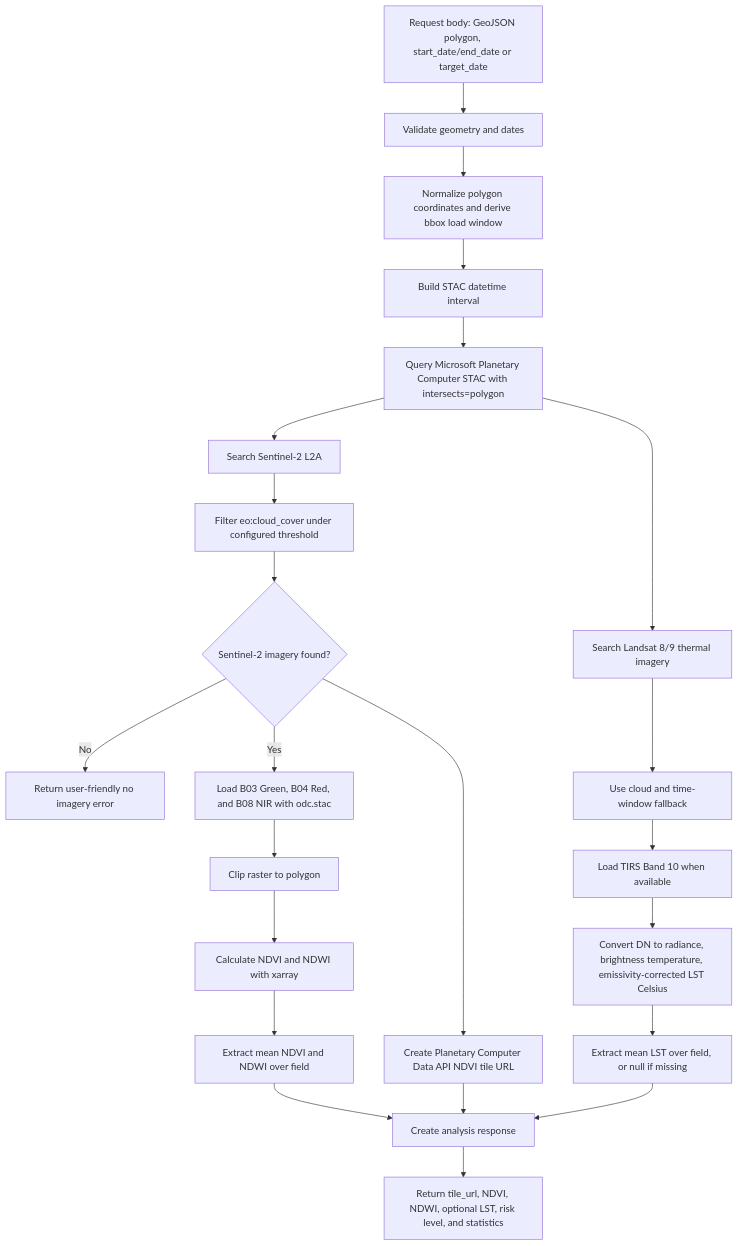
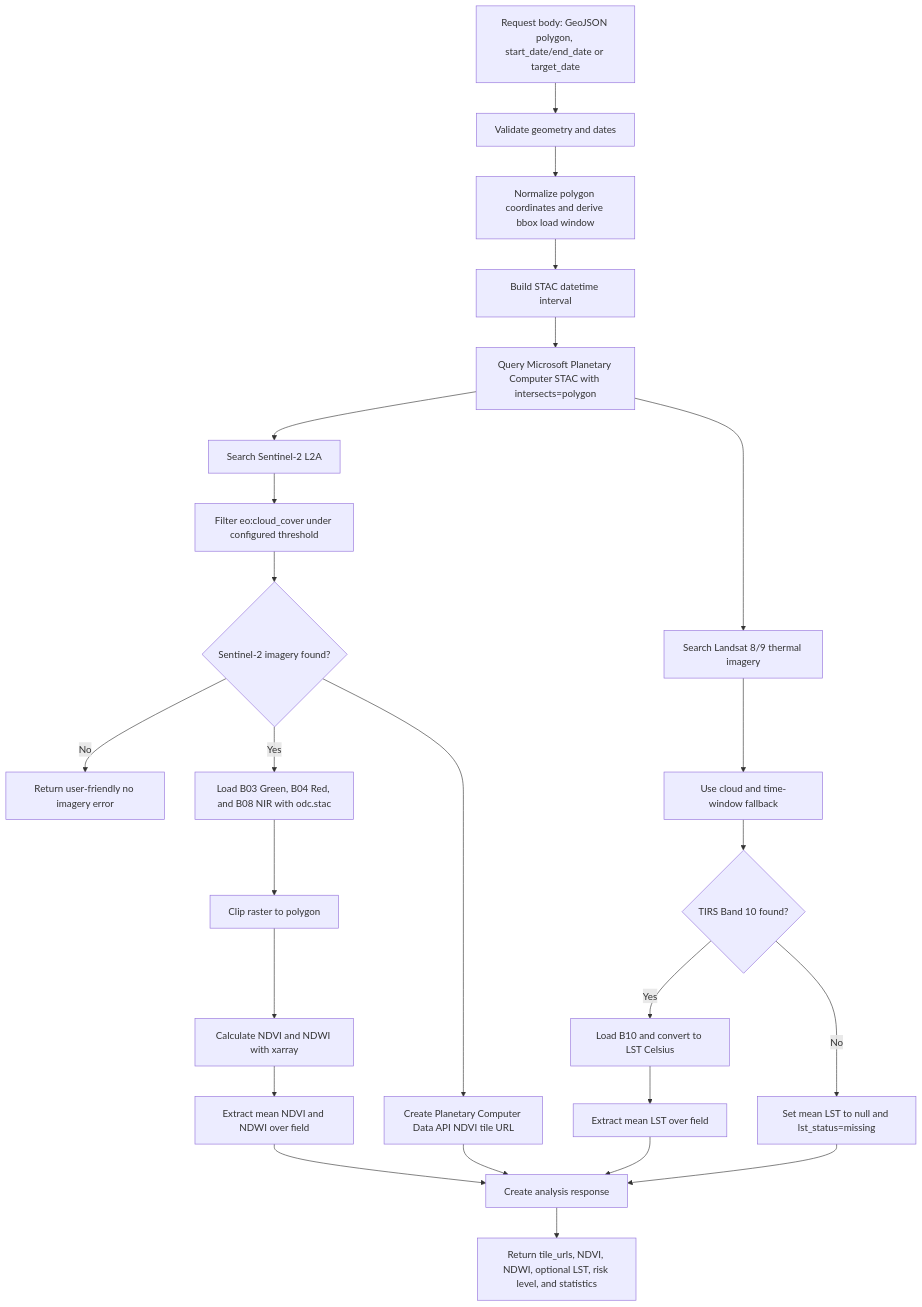
One commit to chinna5656/satellite-crop-planner changed the third of 7 diagrams in docs/web-processing-flowchart.md. Above: the diagram before and after it, drawn with Mermaid. The commit also changed other lines of this file and 12 other files, not shown here.

````diff
--- a/docs/web-processing-flowchart.md
+++ b/docs/web-processing-flowchart.md
@@ -73,28 +73,30 @@
 ```mermaid
 flowchart TD
     A["Request body: GeoJSON polygon, start_date/end_date or target_date"] --> B["Validate geometry and dates"]
     B --> C["Normalize polygon coordinates and derive bbox load window"]
     C --> D["Build STAC datetime interval"]
 
     D --> E["Query Microsoft Planetary Computer STAC with intersects=polygon"]
     E --> F["Search Sentinel-2 L2A"]
     F --> G["Filter eo:cloud_cover under configured threshold"]
     G --> H{"Sentinel-2 imagery found?"}
     H -->|"No"| I["Return user-friendly no imagery error"]
     H -->|"Yes"| J["Load B03 Green, B04 Red, and B08 NIR with odc.stac"]
     J --> K["Clip raster to polygon"]
     K --> L["Calculate NDVI and NDWI with xarray"]
     L --> M["Extract mean NDVI and NDWI over field"]
 
     E --> N["Search Landsat 8/9 thermal imagery"]
     N --> O["Use cloud and time-window fallback"]
-    O --> P["Load TIRS Band 10 when available"]
-    P --> Q["Convert DN to radiance, brightness temperature, emissivity-corrected LST Celsius"]
-    Q --> R["Extract mean LST over field, or null if missing"]
+    O --> P{"TIRS Band 10 found?"}
+    P -->|"Yes"| Q["Load B10 and convert to LST Celsius"]
+    P -->|"No"| R["Set mean LST to null and lst_status=missing"]
+    Q --> S["Extract mean LST over field"]
 
-    H --> S["Create Planetary Computer Data API NDVI tile URL"]
-    M --> T["Create analysis response"]
-    R --> T
-    S --> T
-    T --> U["Return tile_url, NDVI, NDWI, optional LST, risk level, and statistics"]
+    H --> T["Create Planetary Computer Data API NDVI tile URL"]
+    M --> U["Create analysis response"]
+    R --> U
+    S --> U
+    T --> U
+    U --> V["Return tile_urls, NDVI, NDWI, optional LST, risk level, and statistics"]
 ```
````
